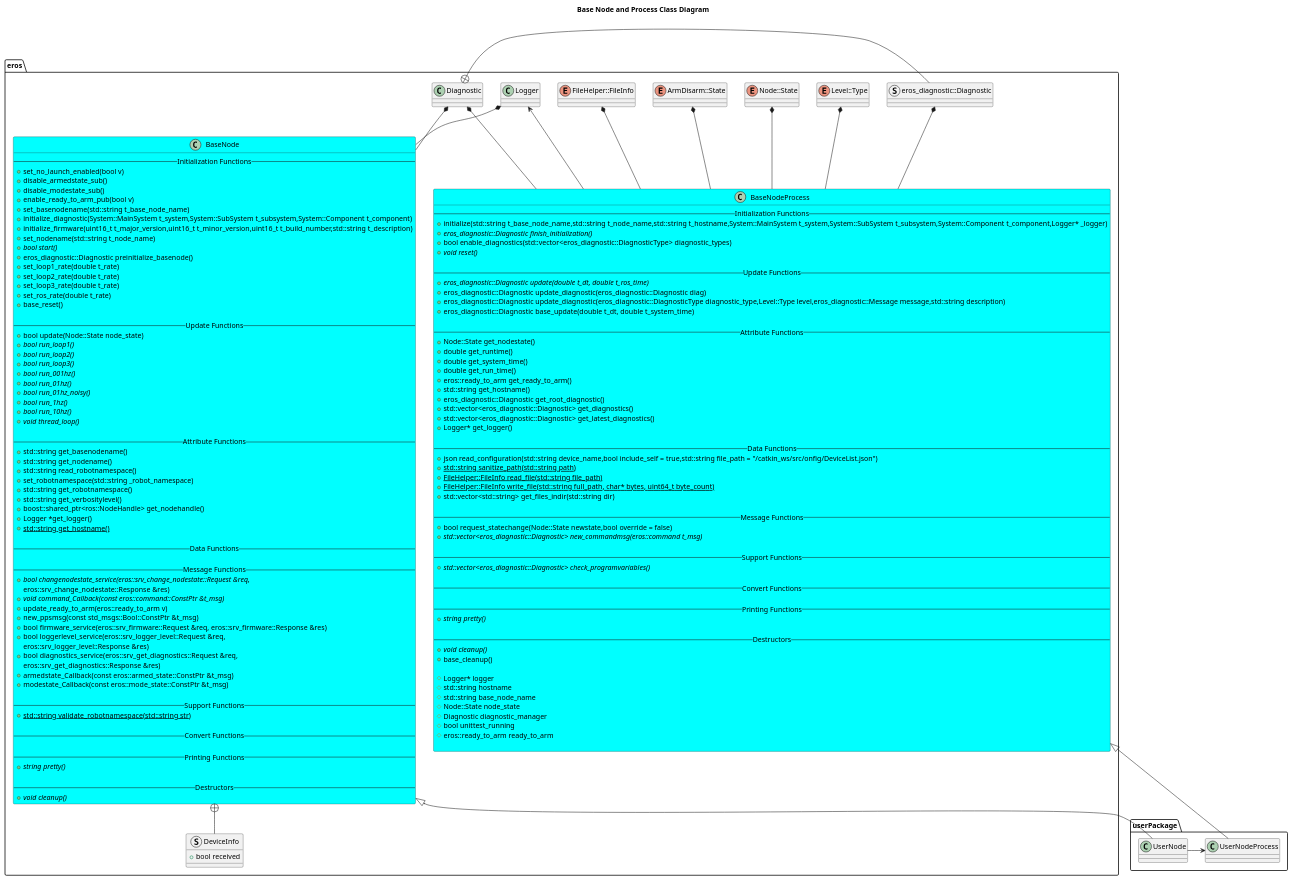
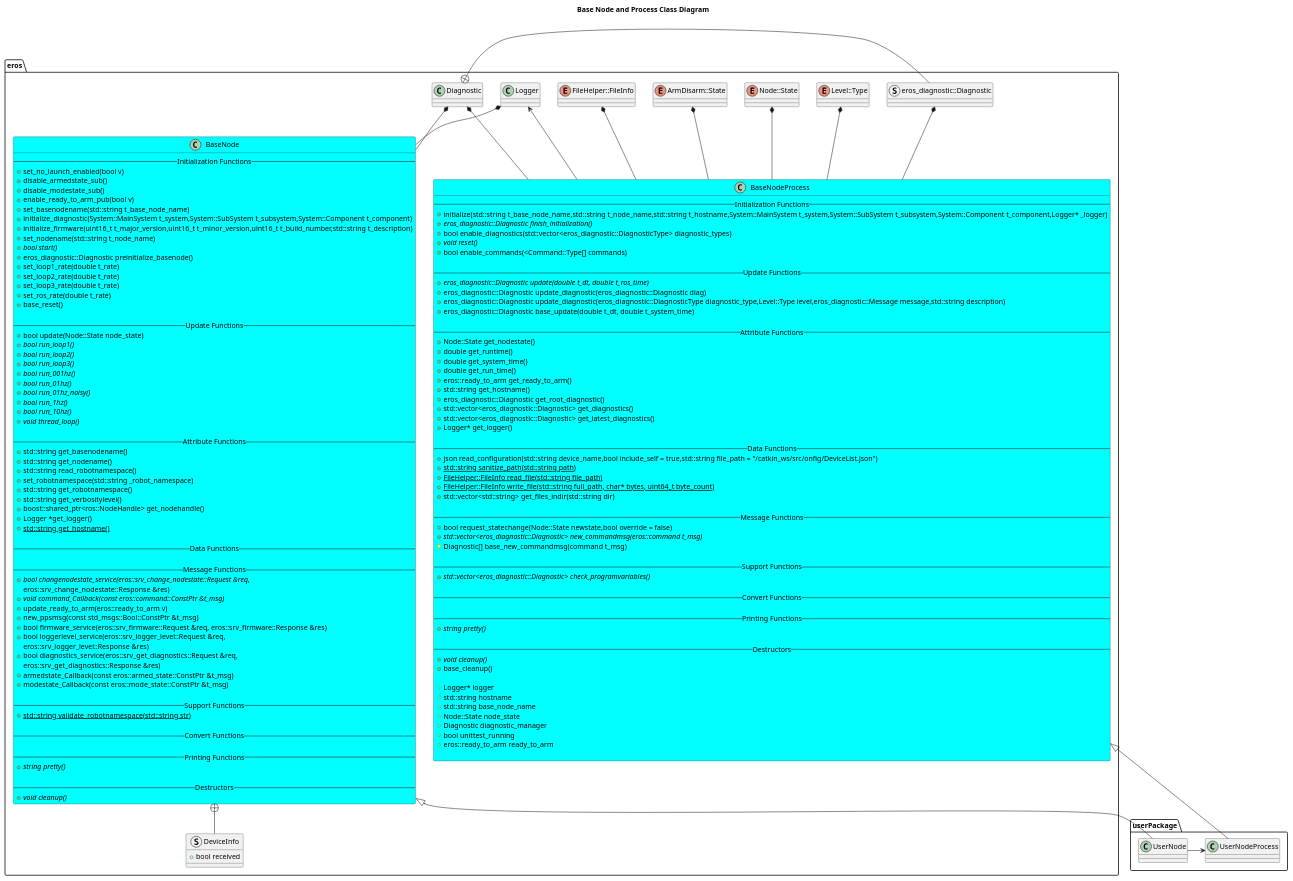
The diagram in include/eros/doc/BaseNodeClassDiagram.puml (fastrobotics/eros), drawn with PlantUML before and after one commit. The commit also changed 39 other files, not shown here.

```diff
--- a/include/eros/doc/BaseNodeClassDiagram.puml
+++ b/include/eros/doc/BaseNodeClassDiagram.puml
@@ -1,161 +1,163 @@
 @startuml
 title Base Node and Process Class Diagram
 package eros {
     together {
         enum Level::Type
         struct eros_diagnostic::Diagnostic
         enum Node::State
         class Logger
         enum ArmDisarm::State
         enum FileHelper::FileInfo
         class Diagnostic
     }
 
     Logger <-- BaseNodeProcess
     Level::Type *-- BaseNodeProcess
     eros_diagnostic::Diagnostic *-- BaseNodeProcess
     Node::State *-- BaseNodeProcess
     ArmDisarm::State *-- BaseNodeProcess
     FileHelper::FileInfo *-- BaseNodeProcess
     Diagnostic *-- BaseNodeProcess
     Diagnostic *-- BaseNode
     Logger *-- BaseNode
     Diagnostic +- eros_diagnostic::Diagnostic
     class BaseNodeProcess #Cyan {
         -- Initialization Functions --
         +initialize(std::string t_base_node_name,std::string t_node_name,std::string t_hostname,System::MainSystem t_system,System::SubSystem t_subsystem,System::Component t_component,Logger* _logger)
         +{abstract} eros_diagnostic::Diagnostic finish_initialization()
         +bool enable_diagnostics(std::vector<eros_diagnostic::DiagnosticType> diagnostic_types)
         +{abstract} void reset()
+        +bool enable_commands(<Command::Type[] commands)
 
         -- Update Functions --
         +{abstract} eros_diagnostic::Diagnostic update(double t_dt, double t_ros_time)
         +eros_diagnostic::Diagnostic update_diagnostic(eros_diagnostic::Diagnostic diag)
         +eros_diagnostic::Diagnostic update_diagnostic(eros_diagnostic::DiagnosticType diagnostic_type,Level::Type level,eros_diagnostic::Message message,std::string description)
         +eros_diagnostic::Diagnostic base_update(double t_dt, double t_system_time)
 
         -- Attribute Functions --
         +Node::State get_nodestate()
         +double get_runtime()
         +double get_system_time() 
         +double get_run_time()
         +eros::ready_to_arm get_ready_to_arm()
         +std::string get_hostname()
         +eros_diagnostic::Diagnostic get_root_diagnostic()
         +std::vector<eros_diagnostic::Diagnostic> get_diagnostics()
         +std::vector<eros_diagnostic::Diagnostic> get_latest_diagnostics()
         +Logger* get_logger()
 
         -- Data Functions --
         +json read_configuration(std::string device_name,bool include_self = true,std::string file_path = "~/catkin_ws/src/onfig/DeviceList.json")
         +{static} std::string sanitize_path(std::string path)
         +{static} FileHelper::FileInfo read_file(std::string file_path)
         +{static} FileHelper::FileInfo write_file(std::string full_path, char* bytes, uint64_t byte_count)
         +std::vector<std::string> get_files_indir(std::string dir)
 
         -- Message Functions --
         +bool request_statechange(Node::State newstate,bool override = false)
         +{abstract} std::vector<eros_diagnostic::Diagnostic> new_commandmsg(eros::command t_msg)
+        #Diagnostic[] base_new_commandmsg(command t_msg)
         
         -- Support Functions --
         +{abstract} std::vector<eros_diagnostic::Diagnostic> check_programvariables() 
 
         -- Convert Functions --
         
         -- Printing Functions --
         +{abstract} string pretty()
 
         -- Destructors --
         +{abstract} void cleanup()
         +base_cleanup()
   
         #Logger* logger
         #std::string hostname
         #std::string base_node_name
         #Node::State node_state
         #Diagnostic diagnostic_manager
         #bool unittest_running
         #eros::ready_to_arm ready_to_arm
 
     }
     struct DeviceInfo {
         +bool received
     }
     class BaseNode #Cyan {
         -- Initialization Functions --
         +set_no_launch_enabled(bool v)
         +disable_armedstate_sub()
         +disable_modestate_sub()
         +enable_ready_to_arm_pub(bool v)
         +set_basenodename(std::string t_base_node_name)
         +initialize_diagnostic(System::MainSystem t_system,System::SubSystem t_subsystem,System::Component t_component)
         +initialize_firmware(uint16_t t_major_version,uint16_t t_minor_version,uint16_t t_build_number,std::string t_description)
         +set_nodename(std::string t_node_name)
         +{abstract} bool start()
         +eros_diagnostic::Diagnostic preinitialize_basenode()
         +set_loop1_rate(double t_rate)
         +set_loop2_rate(double t_rate)
         +set_loop3_rate(double t_rate)
         +set_ros_rate(double t_rate)
         +base_reset()
 
         -- Update Functions --
         +bool update(Node::State node_state)
         +{abstract} bool run_loop1()
         +{abstract} bool run_loop2()
         +{abstract} bool run_loop3()
         +{abstract} bool run_001hz()
         +{abstract} bool run_01hz()
         +{abstract} bool run_01hz_noisy()
         +{abstract} bool run_1hz()
         +{abstract} bool run_10hz()
         +{abstract} void thread_loop()
 
         -- Attribute Functions --
         +std::string get_basenodename()
         +std::string get_nodename()
         +std::string read_robotnamespace()
         +set_robotnamespace(std::string _robot_namespace)
         +std::string get_robotnamespace()
         +std::string get_verbositylevel()
         +boost::shared_ptr<ros::NodeHandle> get_nodehandle()
         +Logger *get_logger()
         +{static} std::string get_hostname()
 
         -- Data Functions --
 
         -- Message Functions --
         +{abstract} bool changenodestate_service(eros::srv_change_nodestate::Request &req,
                                             eros::srv_change_nodestate::Response &res)
         +{abstract} void command_Callback(const eros::command::ConstPtr &t_msg)
         +update_ready_to_arm(eros::ready_to_arm v)
         +new_ppsmsg(const std_msgs::Bool::ConstPtr &t_msg)
         +bool firmware_service(eros::srv_firmware::Request &req, eros::srv_firmware::Response &res)
         +bool loggerlevel_service(eros::srv_logger_level::Request &req,
                                 eros::srv_logger_level::Response &res)
         +bool diagnostics_service(eros::srv_get_diagnostics::Request &req,
                                 eros::srv_get_diagnostics::Response &res)
         +armedstate_Callback(const eros::armed_state::ConstPtr &t_msg)
         +modestate_Callback(const eros::mode_state::ConstPtr &t_msg)
 
         -- Support Functions --
         +{static} std::string validate_robotnamespace(std::string str)
 
         -- Convert Functions --
         
         -- Printing Functions --
         +{abstract} string pretty()
 
         -- Destructors --
         +{abstract} void cleanup()
     }
     BaseNode +-- DeviceInfo
 }
 package userPackage {
     class UserNodeProcess
     class UserNode
     BaseNode <|-- UserNode
     BaseNodeProcess <|-- UserNodeProcess
     UserNode -> UserNodeProcess 
 }
 @enduml
```
